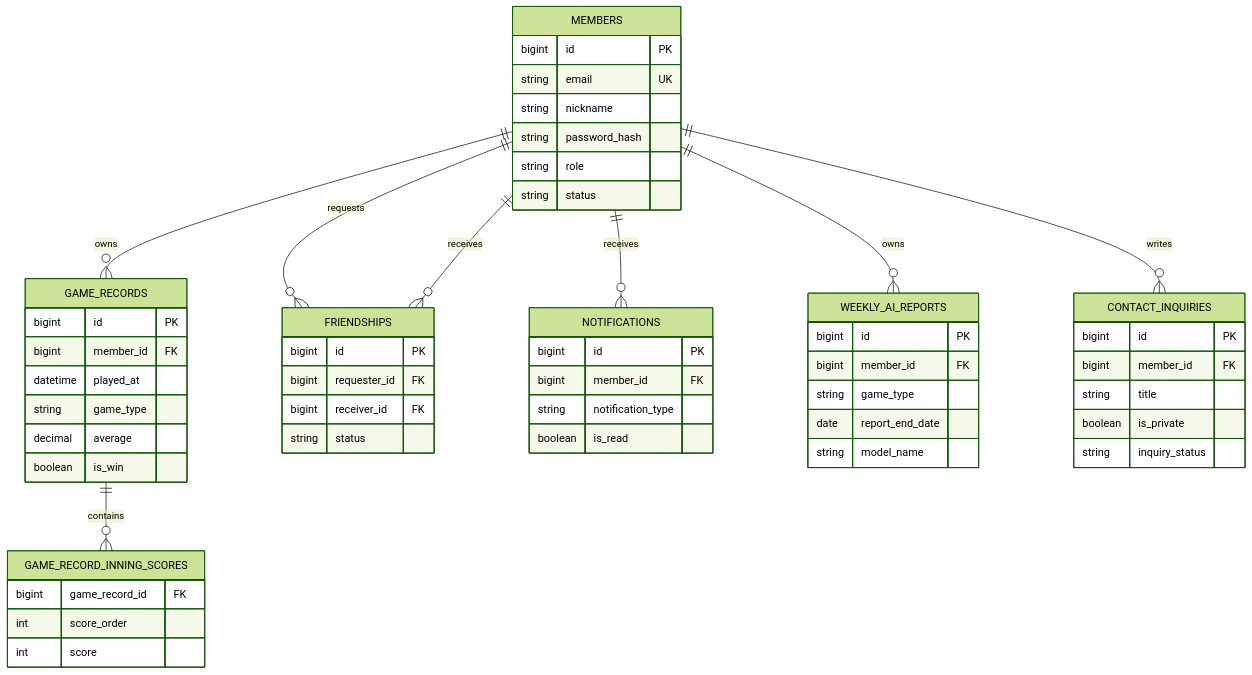
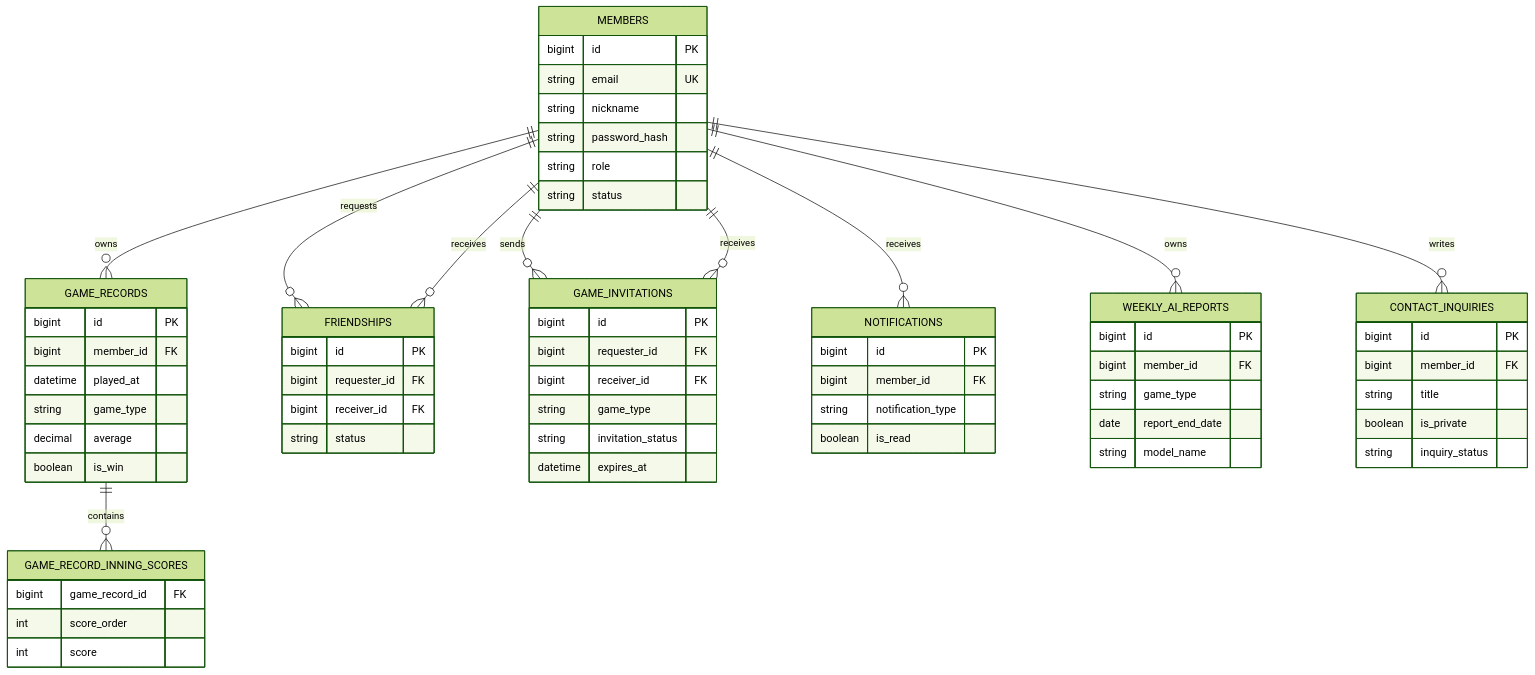
The second of 2 diagrams in README.md (kimsesdook/Billiards-Analysis), drawn with Mermaid (forest theme) before and after one commit. The commit also changed other lines of this file and 25 other files, not shown here.

````diff
--- a/README.md
+++ b/README.md
@@ -51,58 +52,68 @@
 ```mermaid
 erDiagram
     MEMBERS ||--o{ GAME_RECORDS : owns
     GAME_RECORDS ||--o{ GAME_RECORD_INNING_SCORES : contains
     MEMBERS ||--o{ FRIENDSHIPS : requests
     MEMBERS ||--o{ FRIENDSHIPS : receives
+    MEMBERS ||--o{ GAME_INVITATIONS : sends
+    MEMBERS ||--o{ GAME_INVITATIONS : receives
     MEMBERS ||--o{ NOTIFICATIONS : receives
     MEMBERS ||--o{ WEEKLY_AI_REPORTS : owns
     MEMBERS ||--o{ CONTACT_INQUIRIES : writes
 
     MEMBERS {
         bigint id PK
         string email UK
         string nickname
         string password_hash
         string role
         string status
     }
     GAME_RECORDS {
         bigint id PK
         bigint member_id FK
         datetime played_at
         string game_type
         decimal average
         boolean is_win
     }
     GAME_RECORD_INNING_SCORES {
         bigint game_record_id FK
         int score_order
         int score
     }
     FRIENDSHIPS {
         bigint id PK
         bigint requester_id FK
         bigint receiver_id FK
         string status
     }
+    GAME_INVITATIONS {
+        bigint id PK
+        bigint requester_id FK
+        bigint receiver_id FK
+        string game_type
+        string invitation_status
+        datetime expires_at
+    }
     NOTIFICATIONS {
         bigint id PK
         bigint member_id FK
         string notification_type
         boolean is_read
     }
     WEEKLY_AI_REPORTS {
         bigint id PK
         bigint member_id FK
         string game_type
         date report_end_date
         string model_name
     }
     CONTACT_INQUIRIES {
         bigint id PK
         bigint member_id FK
         string title
         boolean is_private
         string inquiry_status
     }
 ```
````
